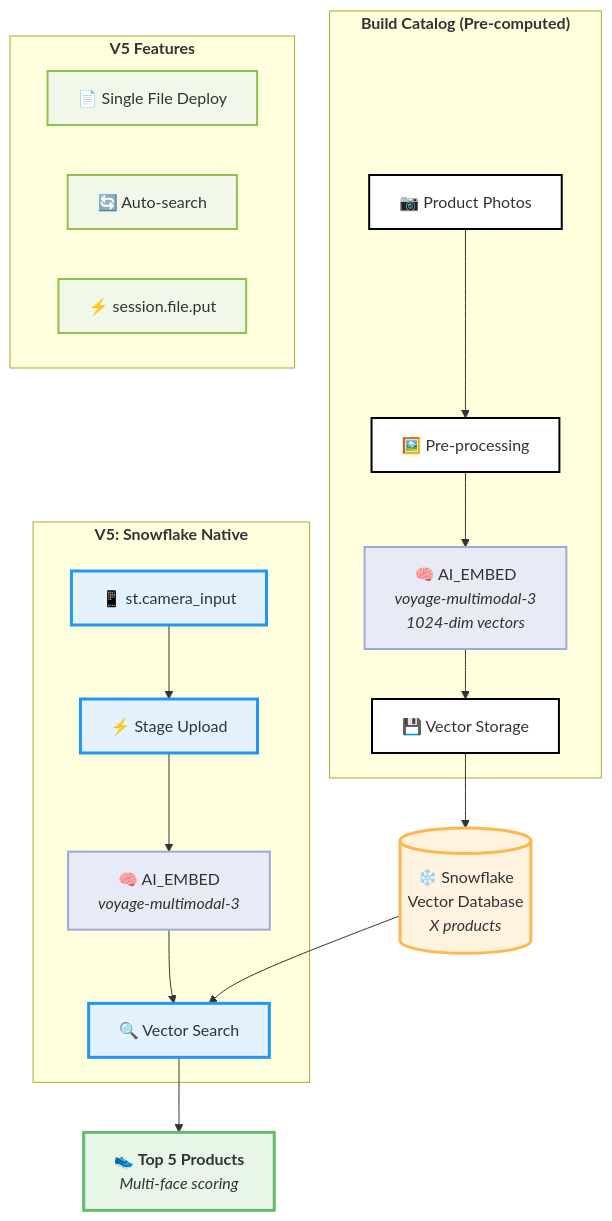
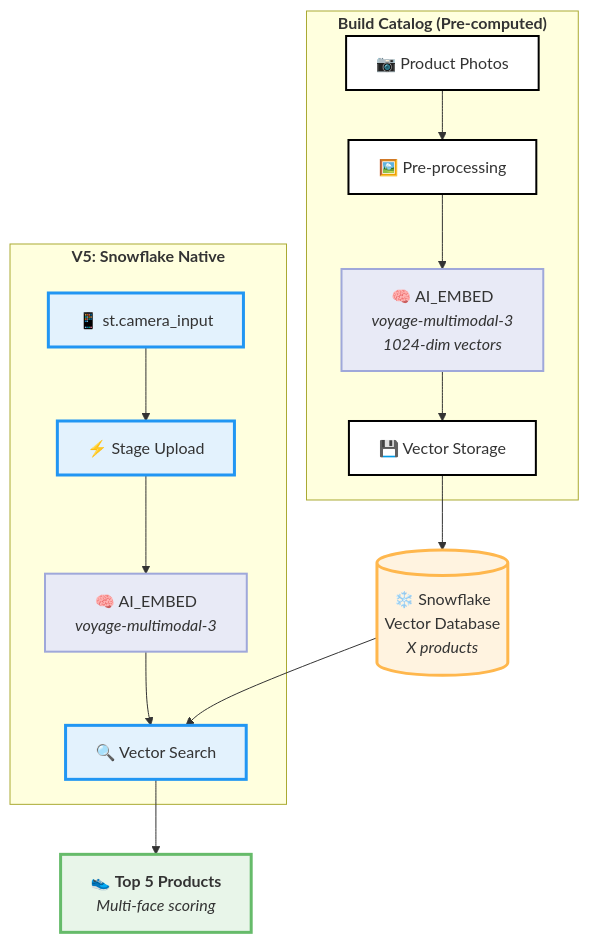
Before and after one commit to AlassaneDialDiop/browns_data_science: the diagram in docs/browns-lens/index.md, drawn with Mermaid.

Commit message:
deployedddd

````diff
--- a/docs/browns-lens/index.md
+++ b/docs/browns-lens/index.md
@@ -38,43 +38,37 @@
 ```mermaid
 graph TB
     %% Title styling
     subgraph Build["<b>Build Catalog (Pre-computed)</b>"]
         A[📷 Product Photos] --> B[🖼️ Pre-processing]
         B --> C["🧠 AI_EMBED<br/><i>voyage-multimodal-3<br/>1024-dim vectors</i>"]
         C --> D[💾 Vector Storage]
     end
     
     subgraph V5["<b>V5: Snowflake Native</b>"]
         E[📱 st.camera_input] --> F[⚡ Stage Upload]
         F --> G["🧠 AI_EMBED<br/><i>voyage-multimodal-3</i>"]
         G --> H[🔍 Vector Search]
     end
     
     D --> DB[("❄️ Snowflake<br/>Vector Database<br/><i>X products</i>")]
     
     DB --> H
     H --> R["👟 <b>Top 5 Products</b><br/><i>Multi-face scoring</i>"]
-    
-    %% V5 Features
-    subgraph Features["<b>V5 Features</b>"]
-        I[📄 Single File Deploy]
-        J[🔄 Auto-search]
-        K[⚡ session.file.put]
-    end
+  
     
     %% Styling
     classDef buildStyle fill:#fff,stroke:#000,stroke-width:2px
     classDef v5Style fill:#e3f2fd,stroke:#2196f3,stroke-width:3px
     classDef embedStyle fill:#e8eaf6,stroke:#9fa8da,stroke-width:2px
     classDef dbStyle fill:#fff3e0,stroke:#ffb74d,stroke-width:3px
     classDef matchStyle fill:#f3e5f5,stroke:#ba68c8,stroke-width:2px
     classDef resultStyle fill:#e8f5e9,stroke:#66bb6a,stroke-width:3px
     classDef featureStyle fill:#f1f8e9,stroke:#8bc34a,stroke-width:2px
     
     class A,B,D buildStyle
     class E,F,G,H v5Style
     class C,G embedStyle
     class DB dbStyle
     class R resultStyle
     class I,J,K featureStyle
 ```
````
